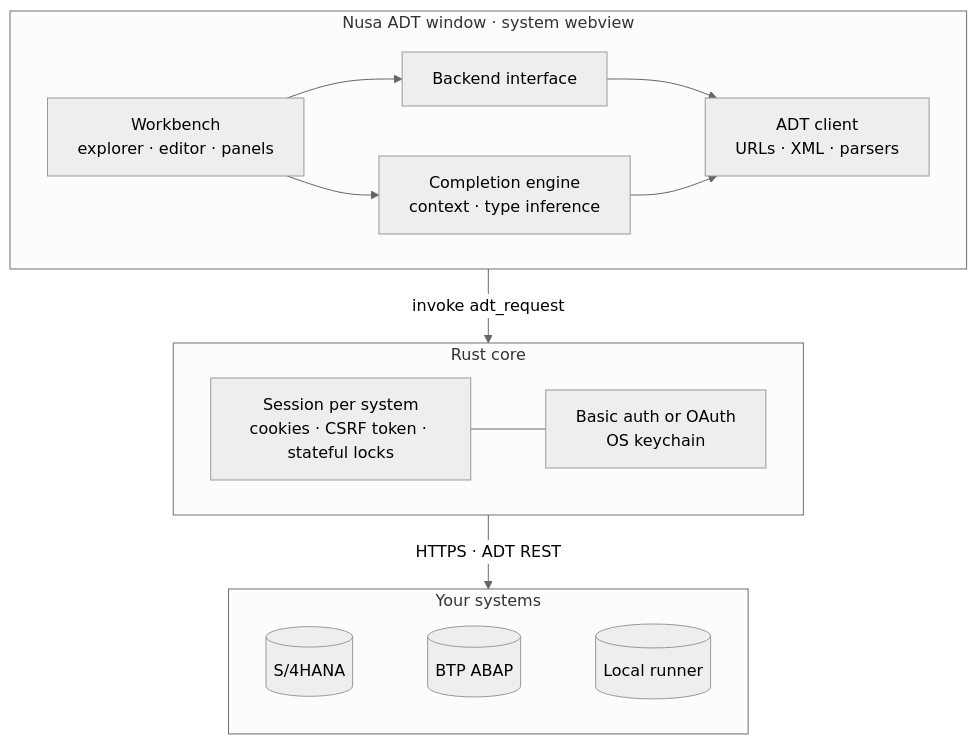
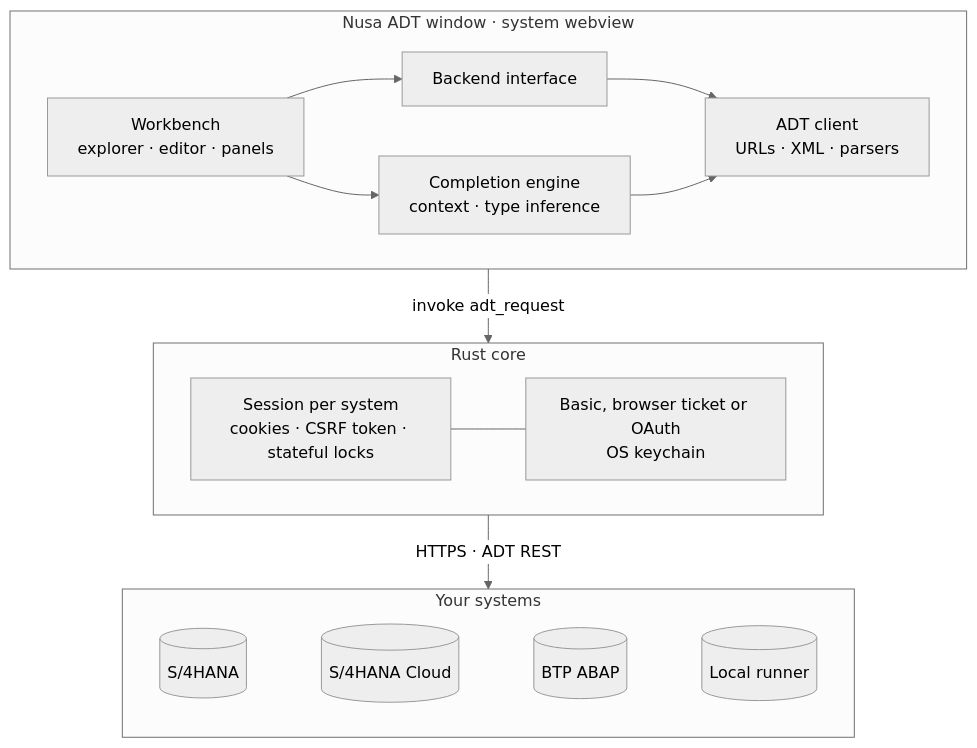
One commit to billaheagle/nusa-adt changed the diagram in README.md. Above: the diagram before and after it, drawn with Mermaid (neutral theme). The commit also changed other lines of this file and 37 other files, not shown here.

First line of the commit message:
feat: v0.2.0 – S/4HANA Cloud login, packages, publish, extensions

````diff
--- a/README.md
+++ b/README.md
@@ -102,27 +136,28 @@
 ```mermaid
 flowchart TB
   subgraph app["Nusa ADT window · system webview"]
     direction LR
     ui["Workbench<br/>explorer · editor · panels"]
     cmp["Completion engine<br/>context · type inference"]
     be["Backend interface"]
     adt["ADT client<br/>URLs · XML · parsers"]
     ui --> be --> adt
     ui --> cmp --> adt
   end
   subgraph core["Rust core"]
     direction LR
     ses["Session per system<br/>cookies · CSRF token · stateful locks"]
-    auth["Basic auth or OAuth<br/>OS keychain"]
+    auth["Basic, browser ticket or OAuth<br/>OS keychain"]
     ses --- auth
   end
   subgraph sys["Your systems"]
     direction LR
     s4[("S/4HANA")]
+    s4c[("S/4HANA Cloud")]
     btp[("BTP ABAP")]
     run[("Local runner")]
-    s4 ~~~ btp ~~~ run
+    s4 ~~~ s4c ~~~ btp ~~~ run
   end
   app -->|"invoke adt_request"| core
   core -->|"HTTPS · ADT REST"| sys
 ```
````
